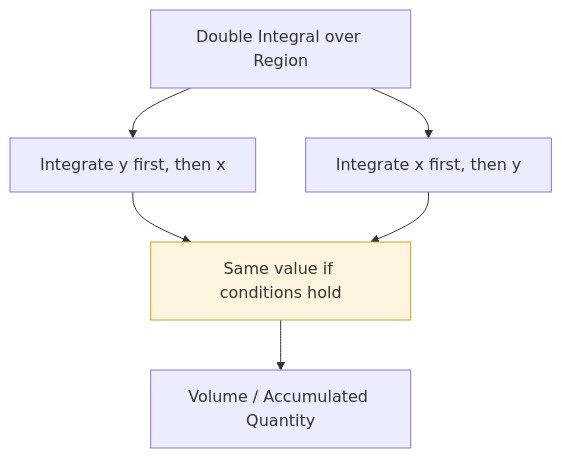
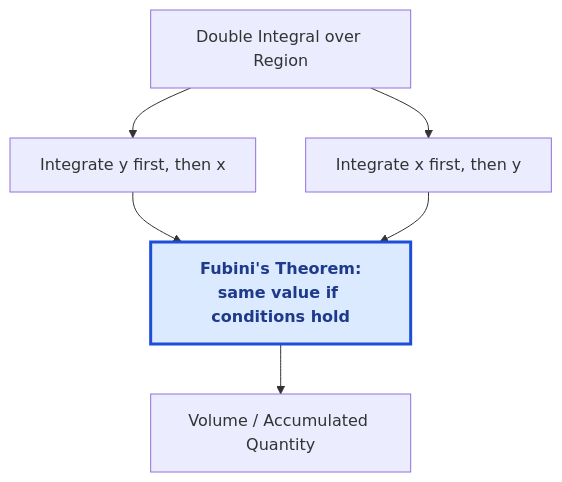
The first of 2 diagrams in F/Fubinis Theorem.md (ilwon-seo/terms), drawn with Mermaid before and after one commit. The commit also changed other lines of this file and 18 other files, not shown here.

Commit message:
Standardize current-term Mermaid styling

````diff
--- a/F/Fubinis Theorem.md
+++ b/F/Fubinis Theorem.md
@@ -165,18 +165,19 @@
 ```mermaid
 flowchart TD
     Integral["Double Integral over Region"]
     Order1["Integrate y first, then x"]
     Order2["Integrate x first, then y"]
-    Result1["Same value if conditions hold"]
+    Result1["Fubini's Theorem:<br/>same value if conditions hold"]
     Meaning["Volume / Accumulated Quantity"]
 
     Integral --> Order1
     Integral --> Order2
 
     Order1 --> Result1
     Order2 --> Result1
 
     Result1 --> Meaning
 
-    style Result1 fill:#fff4dd,stroke:#d4a017
+    classDef currentTerm fill:#dbeafe,stroke:#1d4ed8,stroke-width:3px,color:#1e3a8a,font-weight:bold
+    class Result1 currentTerm
 ```
````
